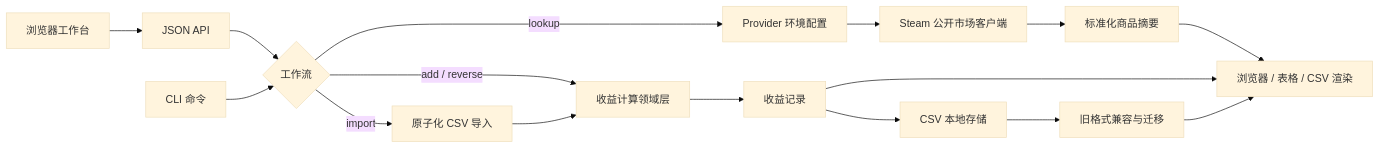
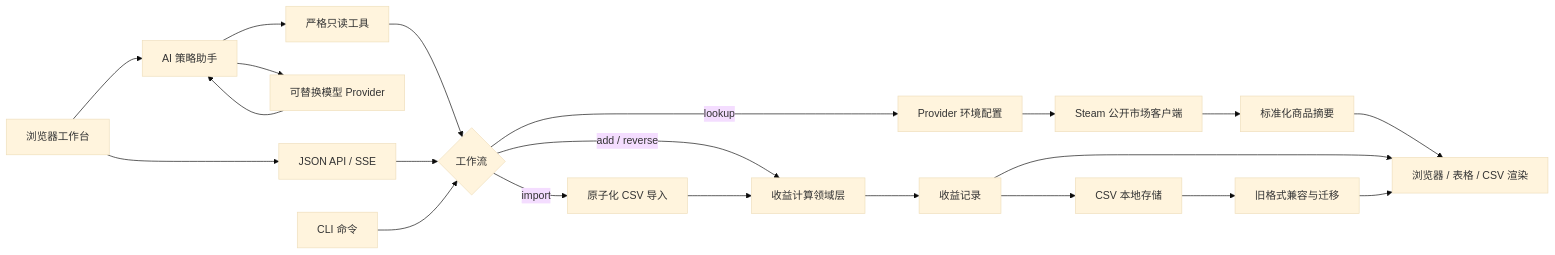
Before and after one commit to NoireOffical/steam-profit-calculator: the diagram in README.zh-CN.md, drawn with Mermaid (base theme). The commit also changed other lines of this file and 34 other files, not shown here.

````diff
--- a/README.zh-CN.md
+++ b/README.zh-CN.md
@@ -30,20 +34,25 @@
 ```mermaid
 flowchart LR
-    W["浏览器工作台"] --> A["JSON API"]
+    W["浏览器工作台"] --> A["JSON API / SSE"]
+    W --> M["AI 策略助手"]
+    M --> P["可替换模型 Provider"]
+    P --> M
+    M --> T["严格只读工具"]
+    T --> B
     A --> B{"工作流"}
     L["CLI 命令"] --> B
     B -->|"lookup"| C["Provider 环境配置"]
     C --> D["Steam 公开市场客户端"]
     D --> E["标准化商品摘要"]
 
     B -->|"add / reverse"| F["收益计算领域层"]
     B -->|"import"| G["原子化 CSV 导入"]
     G --> F
     F --> H["收益记录"]
 
     H --> I["CSV 本地存储"]
     I --> J["旧格式兼容与迁移"]
     E --> K["浏览器 / 表格 / CSV 渲染"]
     H --> K
     J --> K
 ```
````
